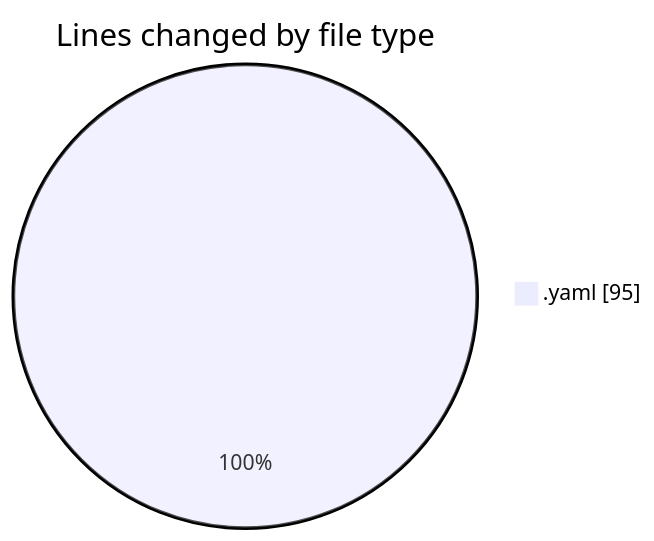
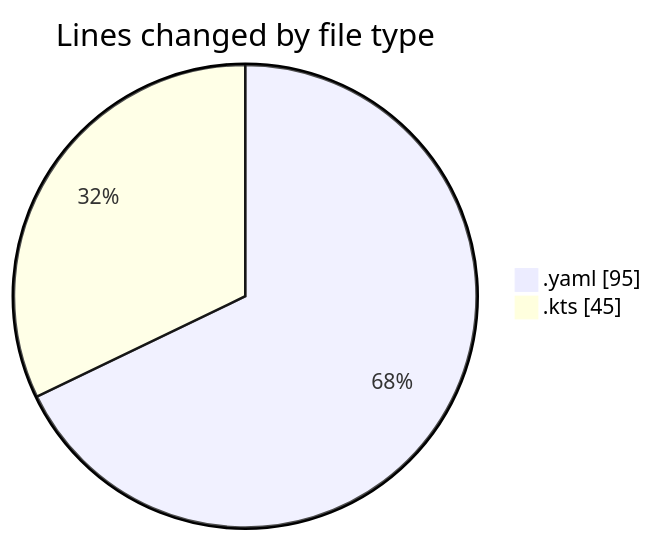
The first of 2 diagrams in 2025-02-16/uber_clone/README.md (donsfak/code-tracking), drawn with Mermaid before and after one commit. The commit also changed other lines of this file and 1 other file, not shown here.

````diff
--- a/2025-02-16/uber_clone/README.md
+++ b/2025-02-16/uber_clone/README.md
@@ -20,5 +21,6 @@
 ```mermaid
 pie showData
 title Lines changed by file type
 ".yaml" : 95
+".kts" : 45
 ```
````
